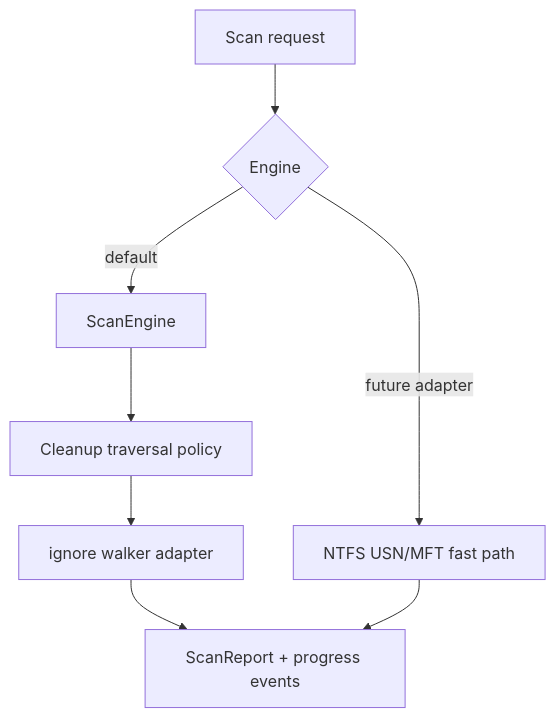
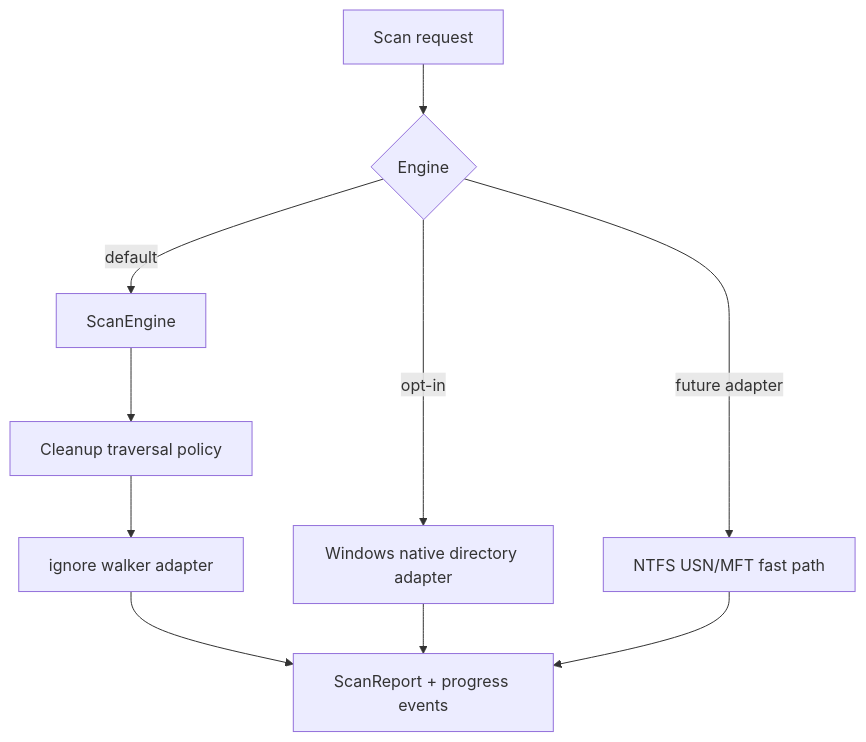
Before and after one commit to Latias94/rebecca: the diagram in docs/adr/0005-scan-engine-strategy.md, drawn with Mermaid. The commit also changed other lines of this file and 20 other files, not shown here.

First line of the commit message:
feat(core): add opt-in Windows native scanner

````diff
--- a/docs/adr/0005-scan-engine-strategy.md
+++ b/docs/adr/0005-scan-engine-strategy.md
@@ -14,10 +14,12 @@
 ```mermaid
 flowchart TD
   A[Scan request] --> B{Engine}
   B -->|default| C[ScanEngine]
   C --> D[Cleanup traversal policy]
   D --> E[ignore walker adapter]
-  B -->|future adapter| F[NTFS USN/MFT fast path]
+  B -->|opt-in| F[Windows native directory adapter]
+  B -->|future adapter| H[NTFS USN/MFT fast path]
   E --> G[ScanReport + progress events]
   F --> G
+  H --> G
 ```
````
